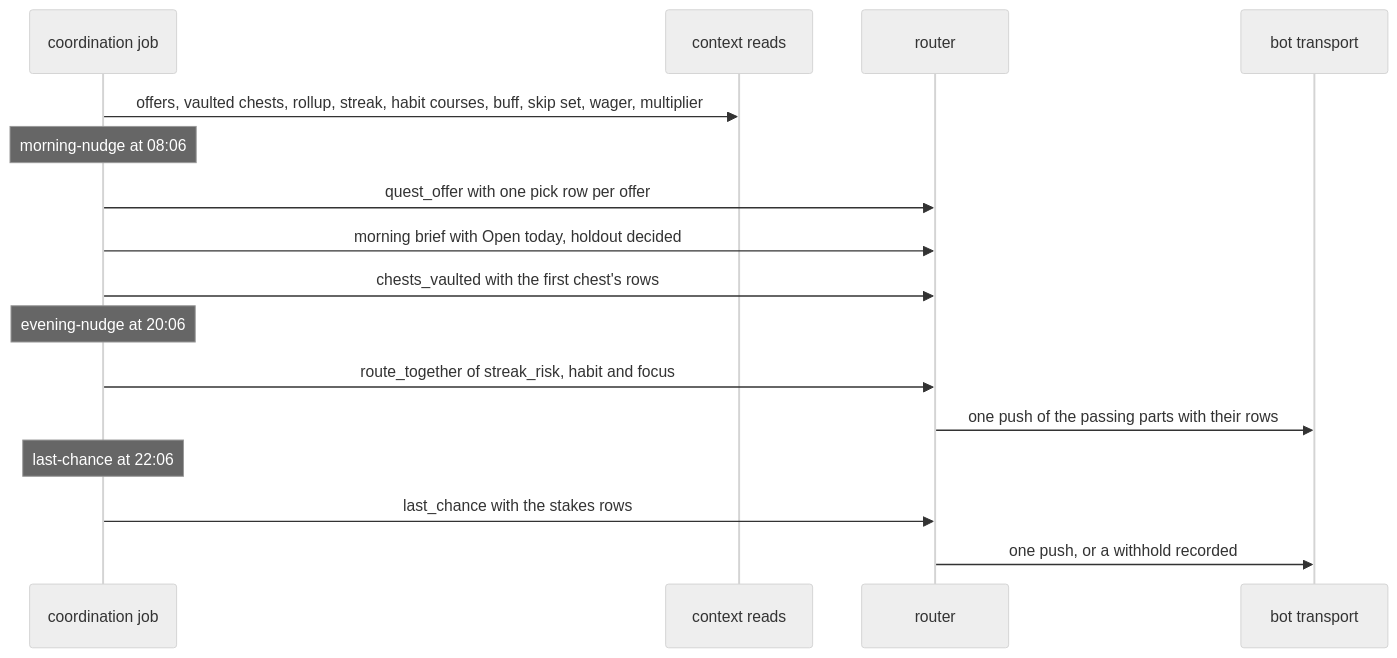
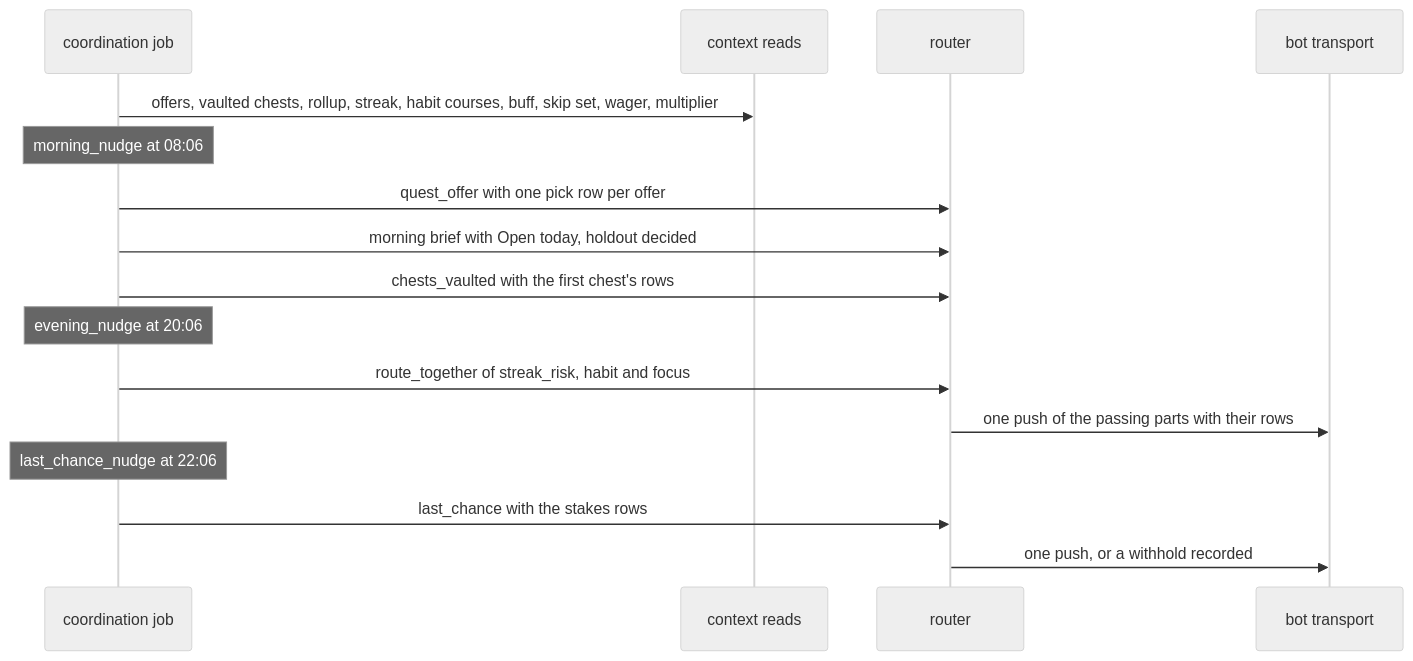
The second of 4 diagrams in docs/schematics/nudge-coordinator-and-holdout.md (RexRenatus/deck-streak), drawn with Mermaid (neutral theme) before and after one commit. The commit also changed 7 other files, not shown here.

````diff
--- a/docs/schematics/nudge-coordinator-and-holdout.md
+++ b/docs/schematics/nudge-coordinator-and-holdout.md
@@ -66,18 +66,18 @@
 ```mermaid
 sequenceDiagram
   participant J as coordination job
   participant X as context reads
   participant R as router
   participant T as bot transport
   J->>X: offers, vaulted chests, rollup, streak, habit courses, buff, skip set, wager, multiplier
-  Note over J: morning-nudge at 08:06
+  Note over J: morning_nudge at 08:06
   J->>R: quest_offer with one pick row per offer
   J->>R: morning brief with Open today, holdout decided
   J->>R: chests_vaulted with the first chest's rows
-  Note over J: evening-nudge at 20:06
+  Note over J: evening_nudge at 20:06
   J->>R: route_together of streak_risk, habit and focus
   R->>T: one push of the passing parts with their rows
-  Note over J: last-chance at 22:06
+  Note over J: last_chance_nudge at 22:06
   J->>R: last_chance with the stakes rows
   R->>T: one push, or a withhold recorded
 ```
````
